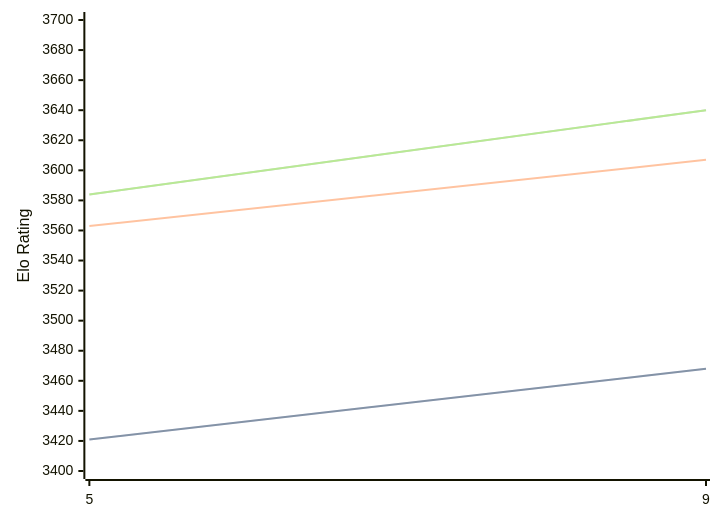
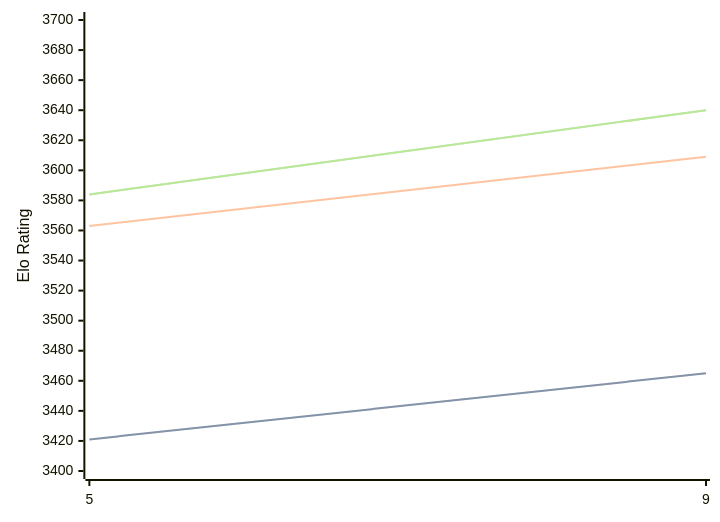
The diagram in engines/Crystal.md (computer-chess-index/cci), drawn with Mermaid before and after one commit. The commit also changed other lines of this file, not shown here.

Commit message:
Update CCI Ratings (ELO VLTC) - 2026-03-02

````diff
--- a/engines/Crystal.md
+++ b/engines/Crystal.md
@@ -58,11 +58,11 @@
 ```mermaid
 %%{init: {"theme":"base","themeVariables":{"seriesColors:['#a3a3a3','#222221','#faa371']}}}%%
 xychart-beta
   x-axis ["5", "9"]
   y-axis "Elo Rating" 3400 --> 3700
-  line "STC (8.0+0.08s)" [3421, 3468]
-  line "STC (8.0+0.08s)" [3421, 3468]
-  line "LTC (60.0+0.60s)" [3563, 3607]
+  line "STC (8.0+0.08s)" [3421, 3465]
+  line "STC (8.0+0.08s)" [3421, 3465]
+  line "LTC (60.0+0.60s)" [3563, 3609]
   line "VLTC (2m24s+1.12s)" [3584, 3640]
   line "VLTC (2m24s+1.12s)" [3584, 3640]
 ```
````
